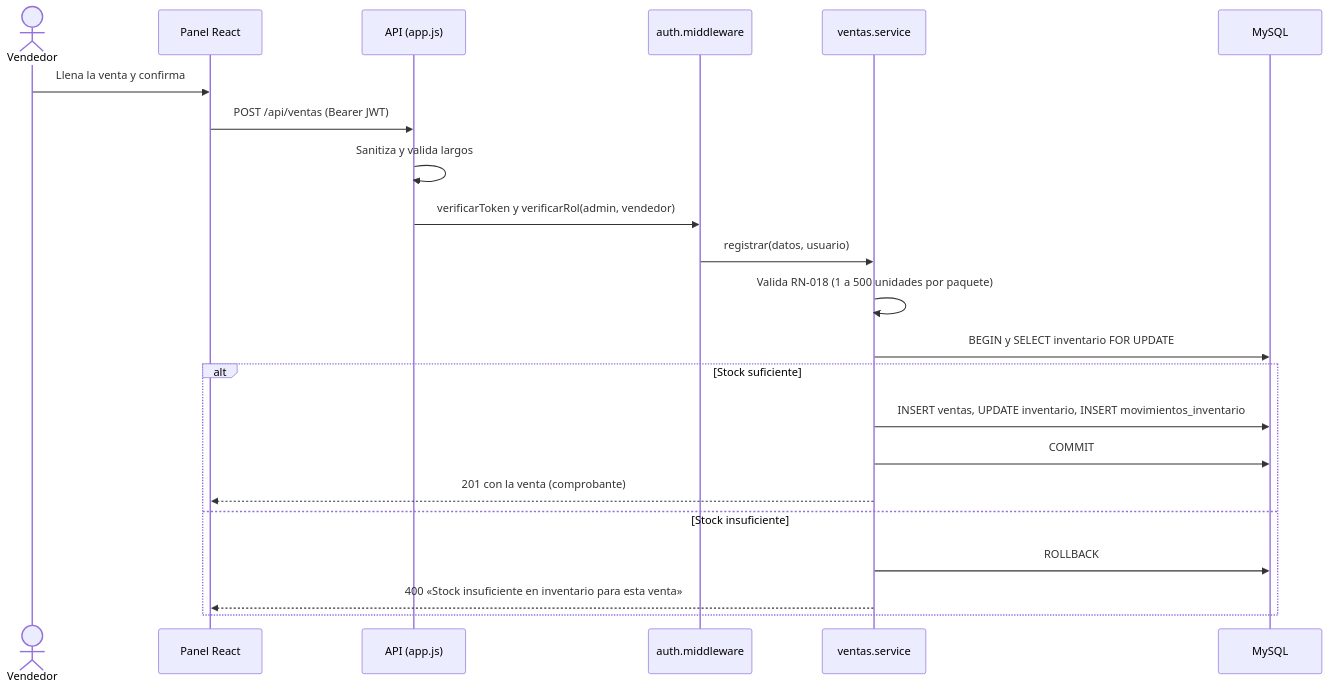
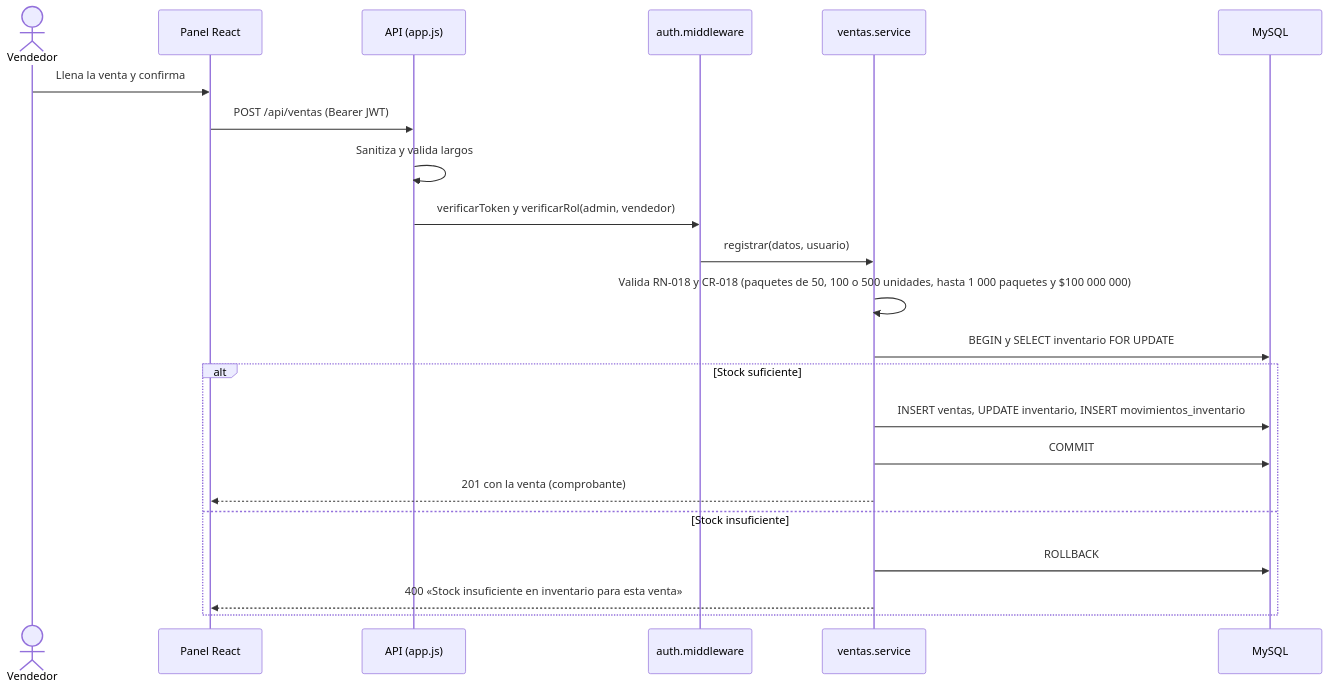
The fourth of 5 diagrams in docs/architecture/diagramas.md (Pafuna08/MEVIPLAST-NODEJS), drawn with Mermaid before and after one commit. The commit also changed 10 other files, not shown here.

````diff
--- a/docs/architecture/diagramas.md
+++ b/docs/architecture/diagramas.md
@@ -82,24 +82,24 @@
 ```mermaid
 sequenceDiagram
   actor V as Vendedor
   participant P as Panel React
   participant A as API (app.js)
   participant M as auth.middleware
   participant S as ventas.service
   participant D as MySQL
   V->>P: Llena la venta y confirma
   P->>A: POST /api/ventas (Bearer JWT)
   A->>A: Sanitiza y valida largos
   A->>M: verificarToken y verificarRol(admin, vendedor)
   M->>S: registrar(datos, usuario)
-  S->>S: Valida RN-018 (1 a 500 unidades por paquete)
+  S->>S: Valida RN-018 y CR-018 (paquetes de 50, 100 o 500 unidades, hasta 1 000 paquetes y $100 000 000)
   S->>D: BEGIN y SELECT inventario FOR UPDATE
   alt Stock suficiente
     S->>D: INSERT ventas, UPDATE inventario, INSERT movimientos_inventario
     S->>D: COMMIT
     S-->>P: 201 con la venta (comprobante)
   else Stock insuficiente
     S->>D: ROLLBACK
     S-->>P: 400 «Stock insuficiente en inventario para esta venta»
   end
 ```
````
